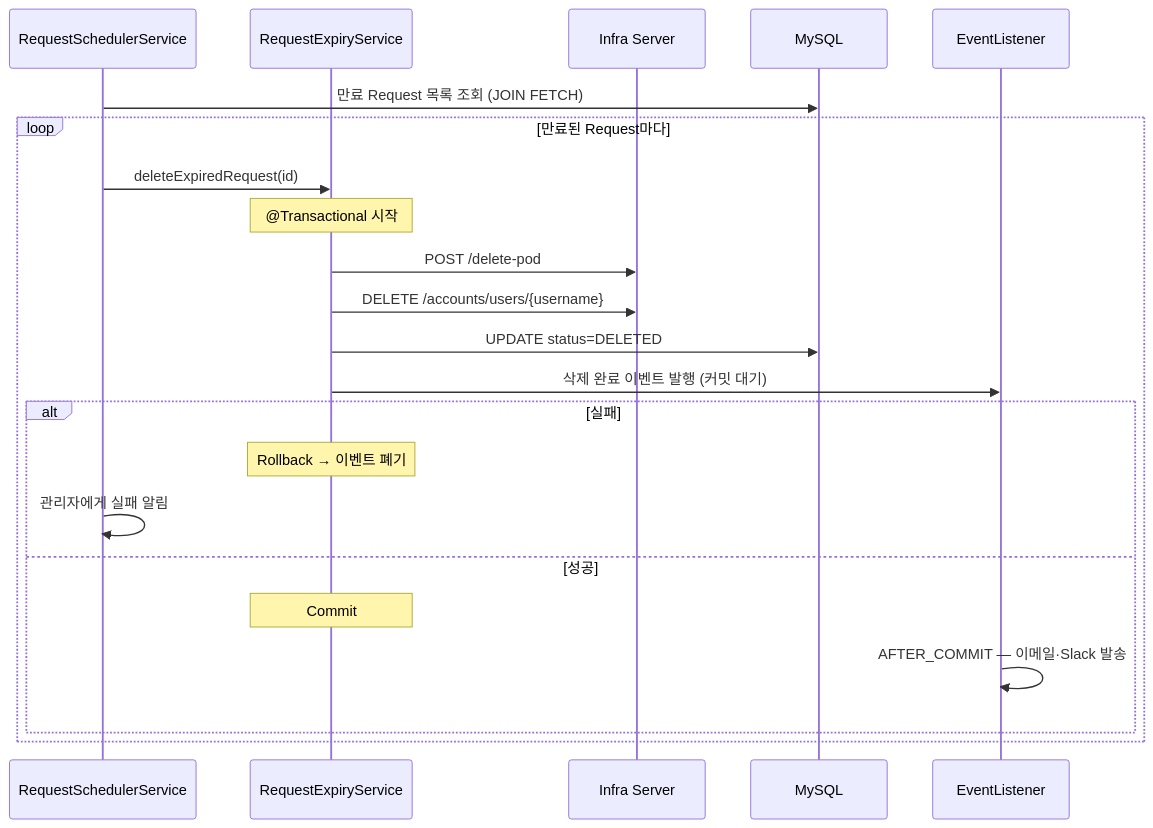
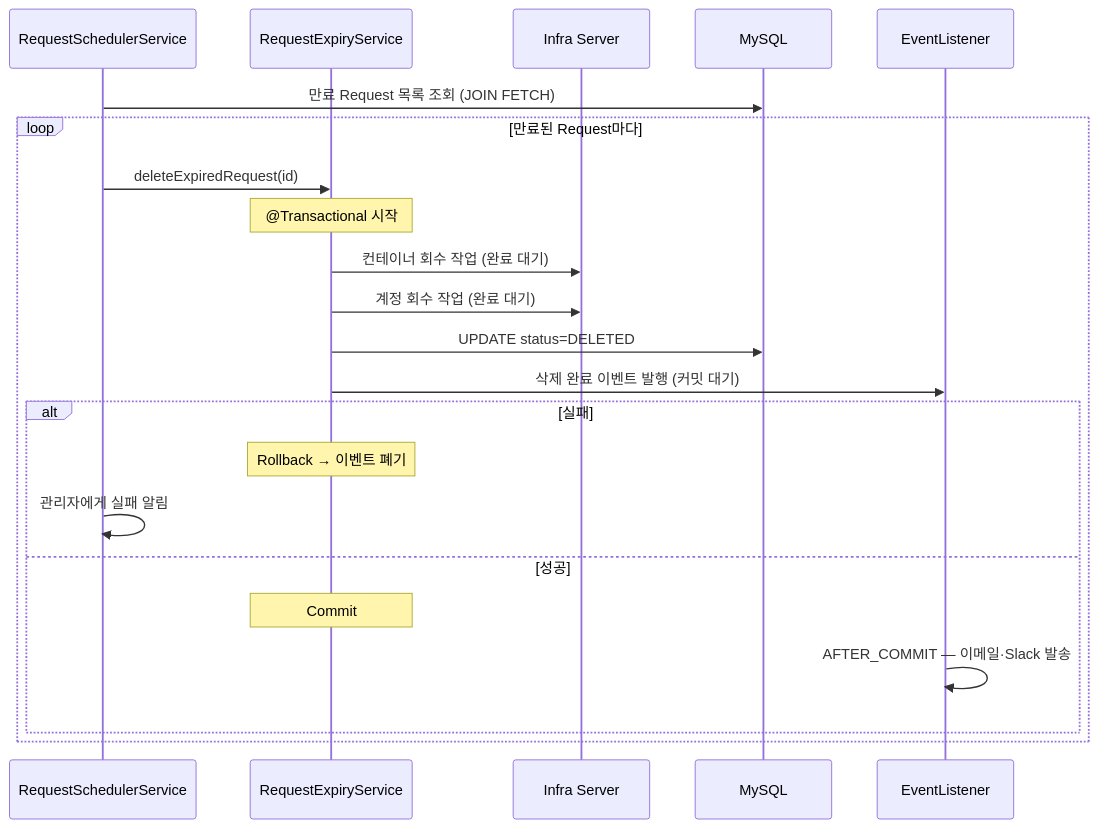
One commit to CSID-DGU/admin_wiki changed the tenth of 15 diagrams in md/backend/시스템-아키텍처.md. Above: the diagram before and after it, drawn with Mermaid. The commit also changed other lines of this file and 10 other files, not shown here.

````diff
--- a/md/backend/시스템-아키텍처.md
+++ b/md/backend/시스템-아키텍처.md
@@ -246,25 +254,25 @@
 ```mermaid
 sequenceDiagram
     participant Scheduler as RequestSchedulerService
     participant Expiry as RequestExpiryService
     participant Infra as Infra Server
     participant DB as MySQL
     participant Listener as EventListener
 
     Scheduler->>DB: 만료 Request 목록 조회 (JOIN FETCH)
     loop 만료된 Request마다
         Scheduler->>Expiry: deleteExpiredRequest(id)
         Note over Expiry: @Transactional 시작
-        Expiry->>Infra: POST /delete-pod
-        Expiry->>Infra: DELETE /accounts/users/{username}
+        Expiry->>Infra: 컨테이너 회수 작업 (완료 대기)
+        Expiry->>Infra: 계정 회수 작업 (완료 대기)
         Expiry->>DB: UPDATE status=DELETED
         Expiry->>Listener: 삭제 완료 이벤트 발행 (커밋 대기)
         alt 실패
             Note over Expiry: Rollback → 이벤트 폐기
             Scheduler->>Scheduler: 관리자에게 실패 알림
         else 성공
             Note over Expiry: Commit
             Listener->>Listener: AFTER_COMMIT — 이메일·Slack 발송
         end
     end
 ```
````
